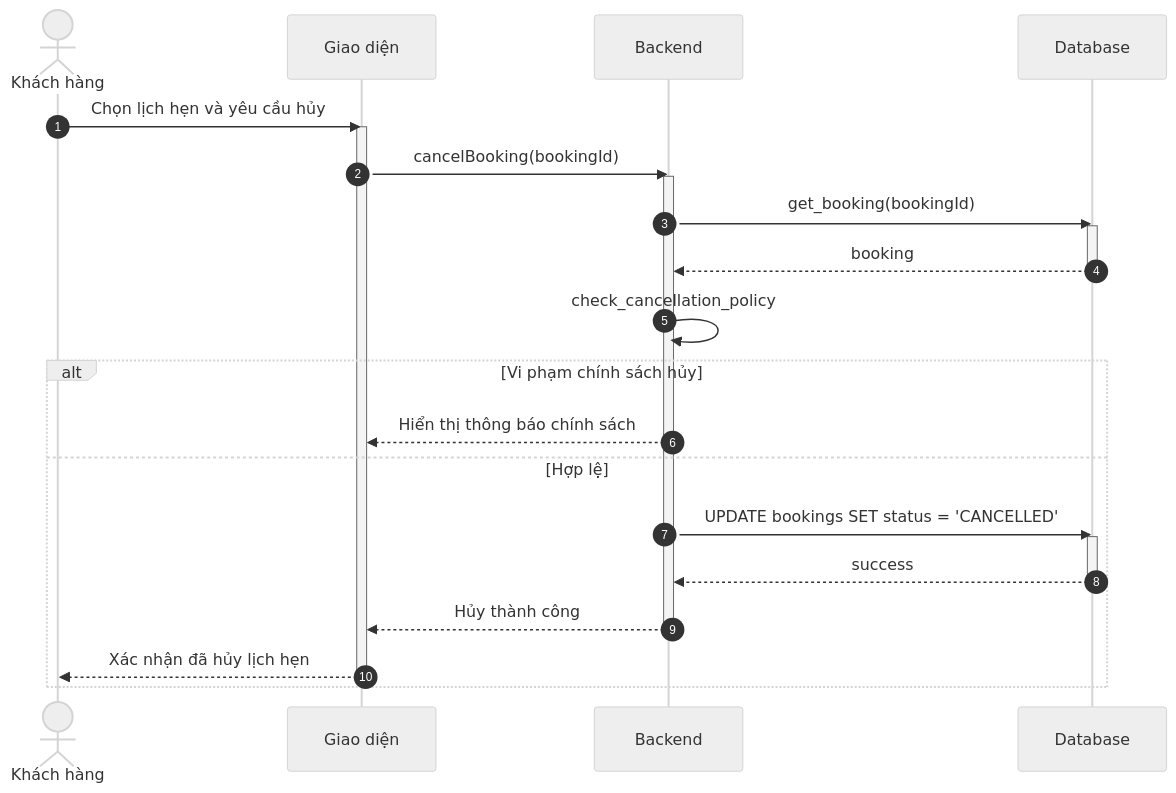
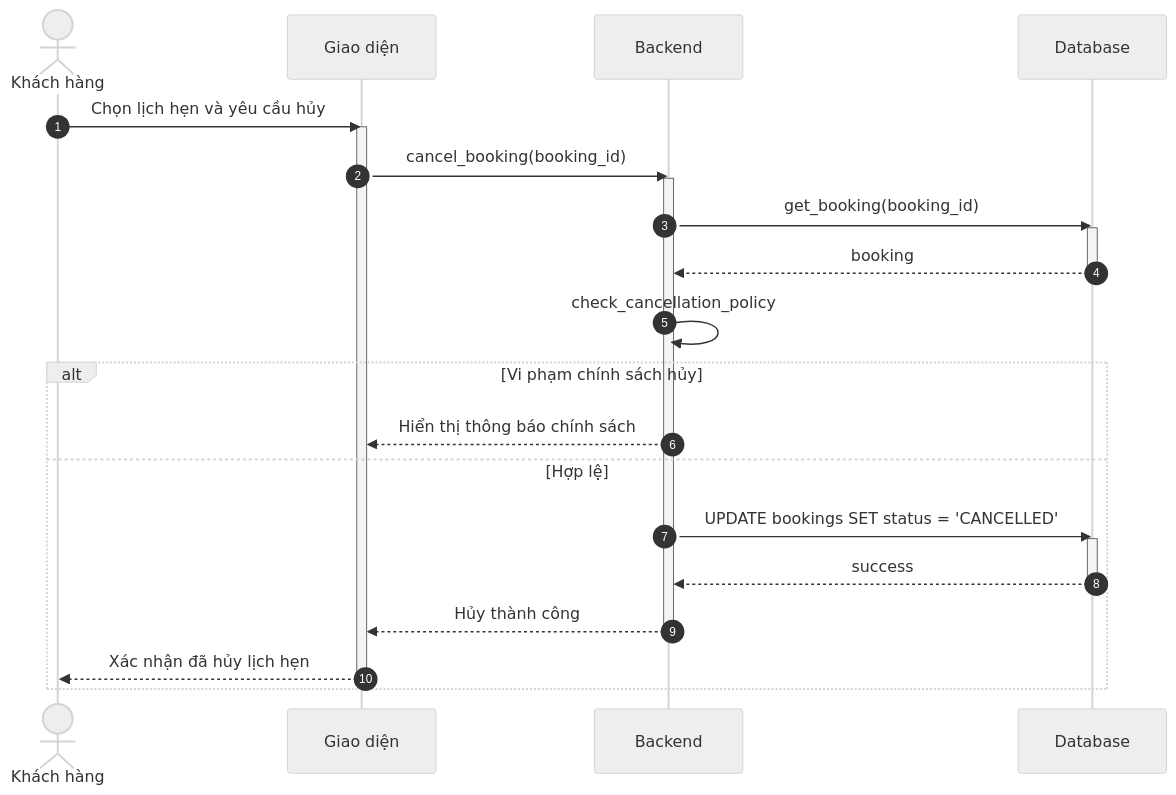
One commit to ngoctinn/Synapse changed the eighth of 10 diagrams in docs/design/sequences/customer_flows.md. Above: the diagram before and after it, drawn with Mermaid (neutral theme). The commit also changed other lines of this file and 4 other files, not shown here.

Commit message:
docs: Add activity and sequence diagrams for authentication, customer, receptionist, and technician flows.

````diff
--- a/docs/design/sequences/customer_flows.md
+++ b/docs/design/sequences/customer_flows.md
@@ -252,33 +252,33 @@
 ```mermaid
 sequenceDiagram
     autonumber
     actor KH as Khách hàng
     participant UI as Giao diện
     participant BE as Backend
     participant DB as Database
 
     KH->>UI: Chọn lịch hẹn và yêu cầu hủy
     activate UI
-    UI->>BE: cancelBooking(bookingId)
+    UI->>BE: cancel_booking(booking_id)
     activate BE
 
-    BE->>DB: get_booking(bookingId)
+    BE->>DB: get_booking(booking_id)
     activate DB
     DB-->>BE: booking
     deactivate DB
 
     BE->>BE: check_cancellation_policy
 
     alt Vi phạm chính sách hủy
         BE-->>UI: Hiển thị thông báo chính sách
     else Hợp lệ
         BE->>DB: UPDATE bookings SET status = 'CANCELLED'
         activate DB
         DB-->>BE: success
         deactivate DB
         BE-->>UI: Hủy thành công
         deactivate BE
         UI-->>KH: Xác nhận đã hủy lịch hẹn
         deactivate UI
     end
 ```
````
